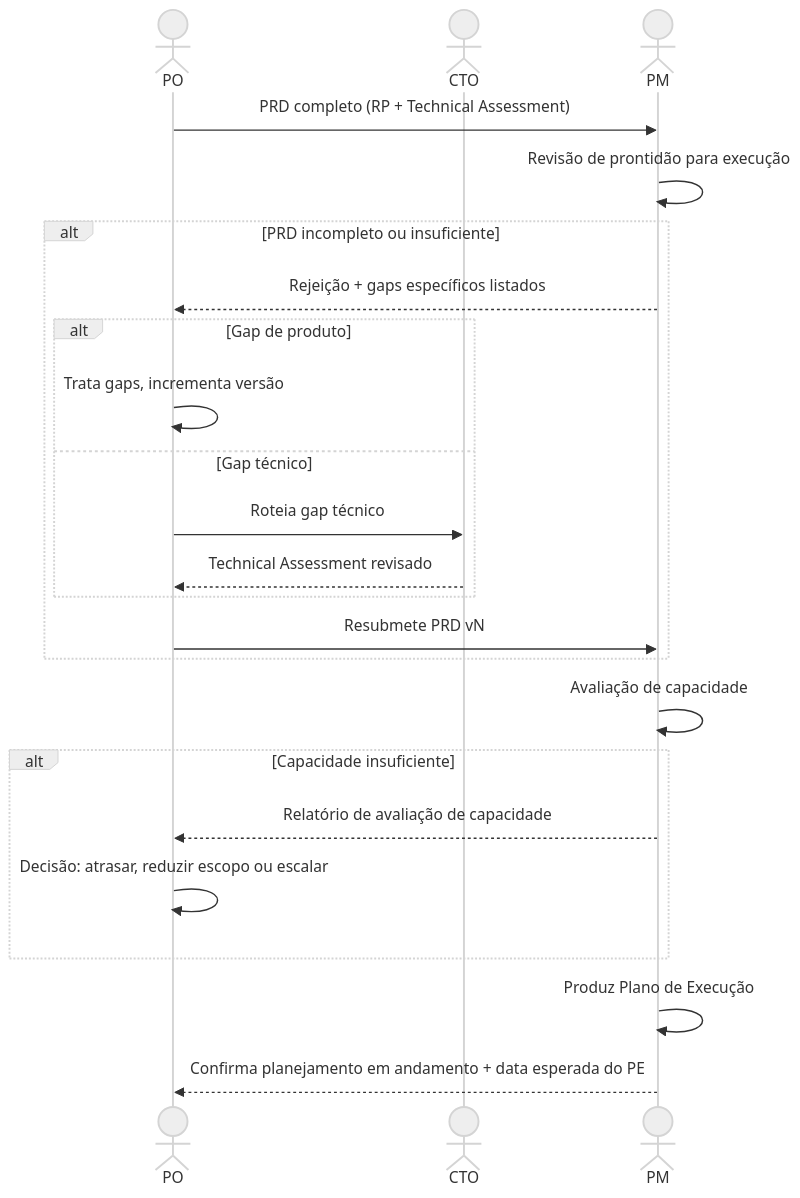
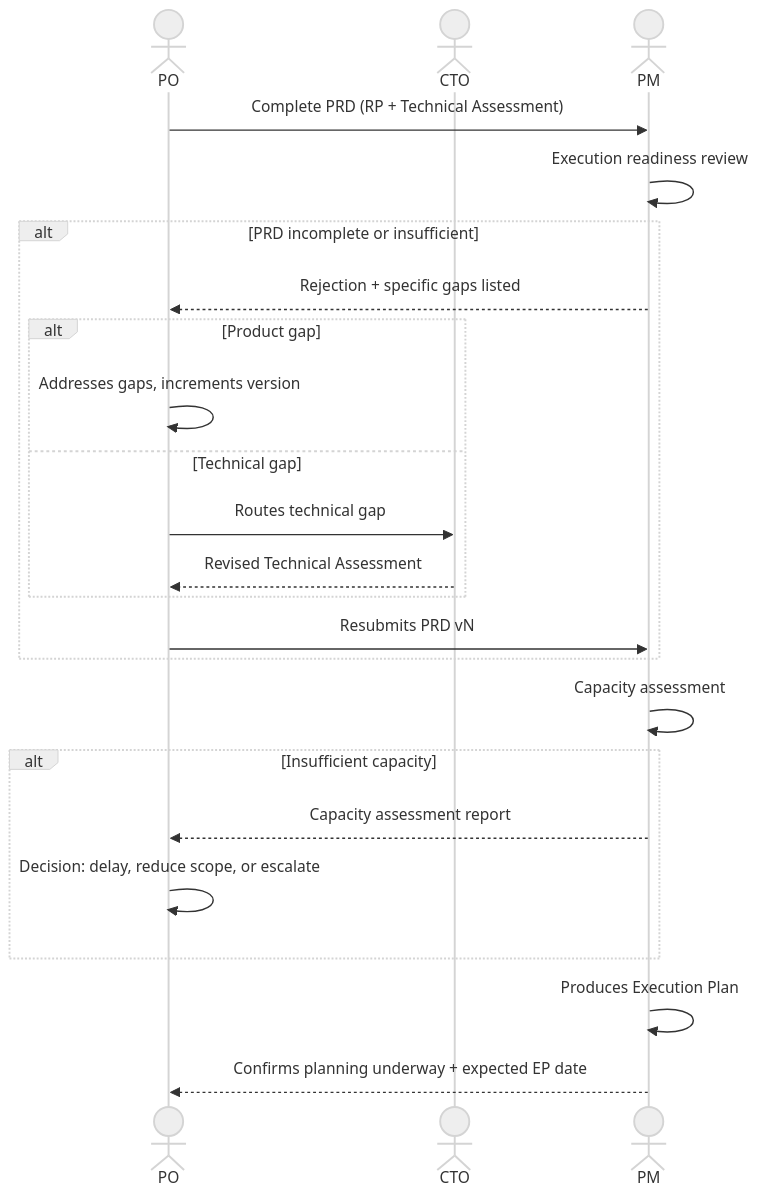
One commit to hugo-hsbtech/teamwork-process changed the diagram in interactions/07-po-to-pm.md. Above: the diagram before and after it, drawn with Mermaid (neutral theme). The commit also changed other lines of this file and 63 other files, not shown here.

````diff
--- a/interactions/07-po-to-pm.md
+++ b/interactions/07-po-to-pm.md
@@ -64,29 +64,29 @@
 ```mermaid
 sequenceDiagram
     actor PO as PO
     actor CTO as CTO
     actor PM as PM
 
-    PO->>PM: PRD completo (RP + Technical Assessment)
-    PM->>PM: Revisão de prontidão para execução
+    PO->>PM: Complete PRD (RP + Technical Assessment)
+    PM->>PM: Execution readiness review
 
-    alt PRD incompleto ou insuficiente
-        PM-->>PO: Rejeição + gaps específicos listados
-        alt Gap de produto
-            PO->>PO: Trata gaps, incrementa versão
-        else Gap técnico
-            PO->>CTO: Roteia gap técnico
-            CTO-->>PO: Technical Assessment revisado
+    alt PRD incomplete or insufficient
+        PM-->>PO: Rejection + specific gaps listed
+        alt Product gap
+            PO->>PO: Addresses gaps, increments version
+        else Technical gap
+            PO->>CTO: Routes technical gap
+            CTO-->>PO: Revised Technical Assessment
         end
-        PO->>PM: Resubmete PRD vN
+        PO->>PM: Resubmits PRD vN
     end
 
-    PM->>PM: Avaliação de capacidade
-    alt Capacidade insuficiente
-        PM-->>PO: Relatório de avaliação de capacidade
-        PO->>PO: Decisão: atrasar, reduzir escopo ou escalar
+    PM->>PM: Capacity assessment
+    alt Insufficient capacity
+        PM-->>PO: Capacity assessment report
+        PO->>PO: Decision: delay, reduce scope, or escalate
     end
 
-    PM->>PM: Produz Plano de Execução
-    PM-->>PO: Confirma planejamento em andamento + data esperada do PE
+    PM->>PM: Produces Execution Plan
+    PM-->>PO: Confirms planning underway + expected EP date
 ```
````
